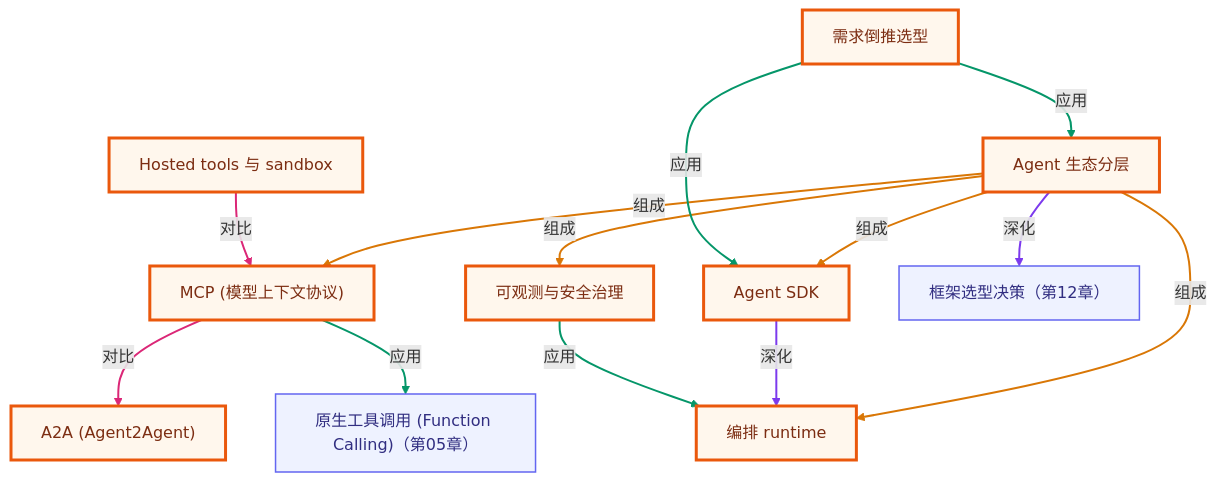
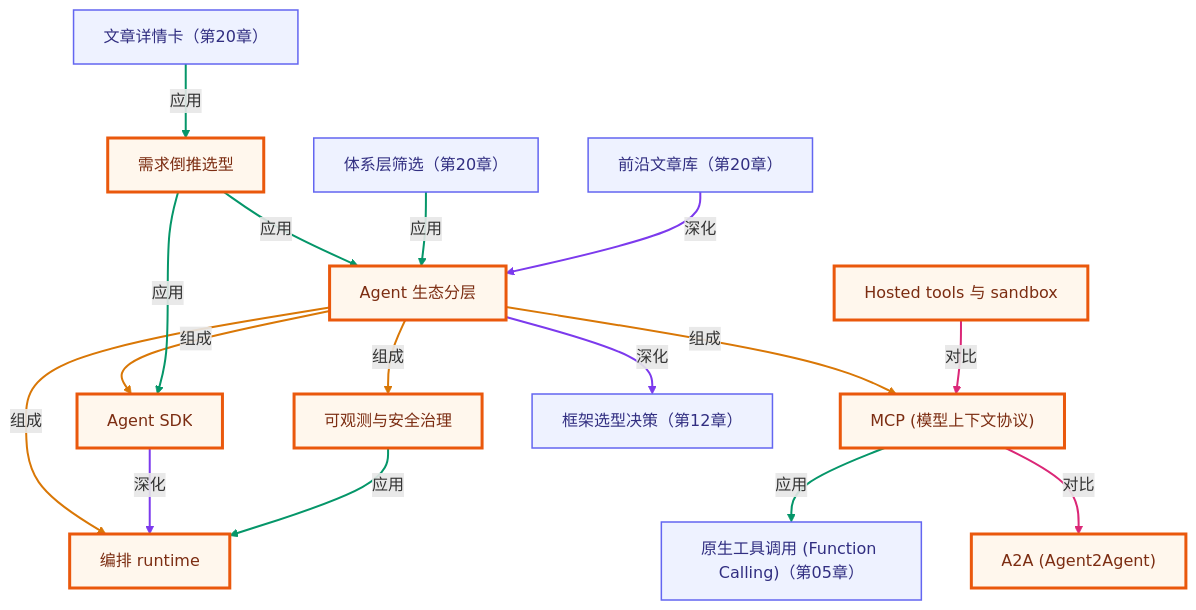
The third of 3 diagrams in lessons/19-agent-ecosystem-and-frontier/README.md (songuu/agent), drawn with Mermaid before and after one commit. The commit also changed other lines of this file and 28 other files, not shown here.

````diff
--- a/lessons/19-agent-ecosystem-and-frontier/README.md
+++ b/lessons/19-agent-ecosystem-and-frontier/README.md
@@ -435,41 +418,50 @@
 ```mermaid
 graph TB
   classDef own fill:#fff7ed,stroke:#ea580c,stroke-width:3px,color:#7c2d12;
   classDef cross fill:#eef2ff,stroke:#6366f1,stroke-width:1.5px,color:#312e81;
   n_c19_ecosystem_layers["Agent 生态分层"]
   n_c19_mcp["MCP (模型上下文协议)"]
   n_c19_a2a["A2A (Agent2Agent)"]
   n_c19_agent_sdk["Agent SDK"]
   n_c19_orchestration_runtime["编排 runtime"]
   n_c19_hosted_tools["Hosted tools 与 sandbox"]
   n_c19_stack_selection["需求倒推选型"]
   n_c19_governance["可观测与安全治理"]
+  n_c20_layer_filter["体系层筛选（第20章）"]
+  n_c20_article_detail["文章详情卡（第20章）"]
   n_c12_framework_choice["框架选型决策（第12章）"]
   n_c05_native_tool_use["原生工具调用 (Function Calling)（第05章）"]
+  n_c20_news_archive["前沿文章库（第20章）"]
   n_c19_ecosystem_layers -->|组成| n_c19_mcp
   n_c19_ecosystem_layers -->|组成| n_c19_agent_sdk
   n_c19_ecosystem_layers -->|组成| n_c19_orchestration_runtime
   n_c19_ecosystem_layers -->|组成| n_c19_governance
   n_c19_mcp -->|对比| n_c19_a2a
   n_c19_agent_sdk -->|深化| n_c19_orchestration_runtime
   n_c19_hosted_tools -->|对比| n_c19_mcp
   n_c19_stack_selection -->|应用| n_c19_ecosystem_layers
   n_c19_stack_selection -->|应用| n_c19_agent_sdk
   n_c19_governance -->|应用| n_c19_orchestration_runtime
+  n_c20_layer_filter -->|应用| n_c19_ecosystem_layers
+  n_c20_article_detail -->|应用| n_c19_stack_selection
   n_c19_ecosystem_layers -->|深化| n_c12_framework_choice
   n_c19_mcp -->|应用| n_c05_native_tool_use
+  n_c20_news_archive -->|深化| n_c19_ecosystem_layers
   class n_c19_ecosystem_layers,n_c19_mcp,n_c19_a2a,n_c19_agent_sdk,n_c19_orchestration_runtime,n_c19_hosted_tools,n_c19_stack_selection,n_c19_governance own;
-  class n_c12_framework_choice,n_c05_native_tool_use cross;
+  class n_c20_layer_filter,n_c20_article_detail,n_c12_framework_choice,n_c05_native_tool_use,n_c20_news_archive cross;
   linkStyle 0 stroke:#d97706,stroke-width:2px;
   linkStyle 1 stroke:#d97706,stroke-width:2px;
   linkStyle 2 stroke:#d97706,stroke-width:2px;
   linkStyle 3 stroke:#d97706,stroke-width:2px;
   linkStyle 4 stroke:#db2777,stroke-width:2px;
   linkStyle 5 stroke:#7c3aed,stroke-width:2px;
   linkStyle 6 stroke:#db2777,stroke-width:2px;
   linkStyle 7 stroke:#059669,stroke-width:2px;
   linkStyle 8 stroke:#059669,stroke-width:2px;
   linkStyle 9 stroke:#059669,stroke-width:2px;
-  linkStyle 10 stroke:#7c3aed,stroke-width:2px;
+  linkStyle 10 stroke:#059669,stroke-width:2px;
   linkStyle 11 stroke:#059669,stroke-width:2px;
+  linkStyle 12 stroke:#7c3aed,stroke-width:2px;
+  linkStyle 13 stroke:#059669,stroke-width:2px;
+  linkStyle 14 stroke:#7c3aed,stroke-width:2px;
 ```
````
